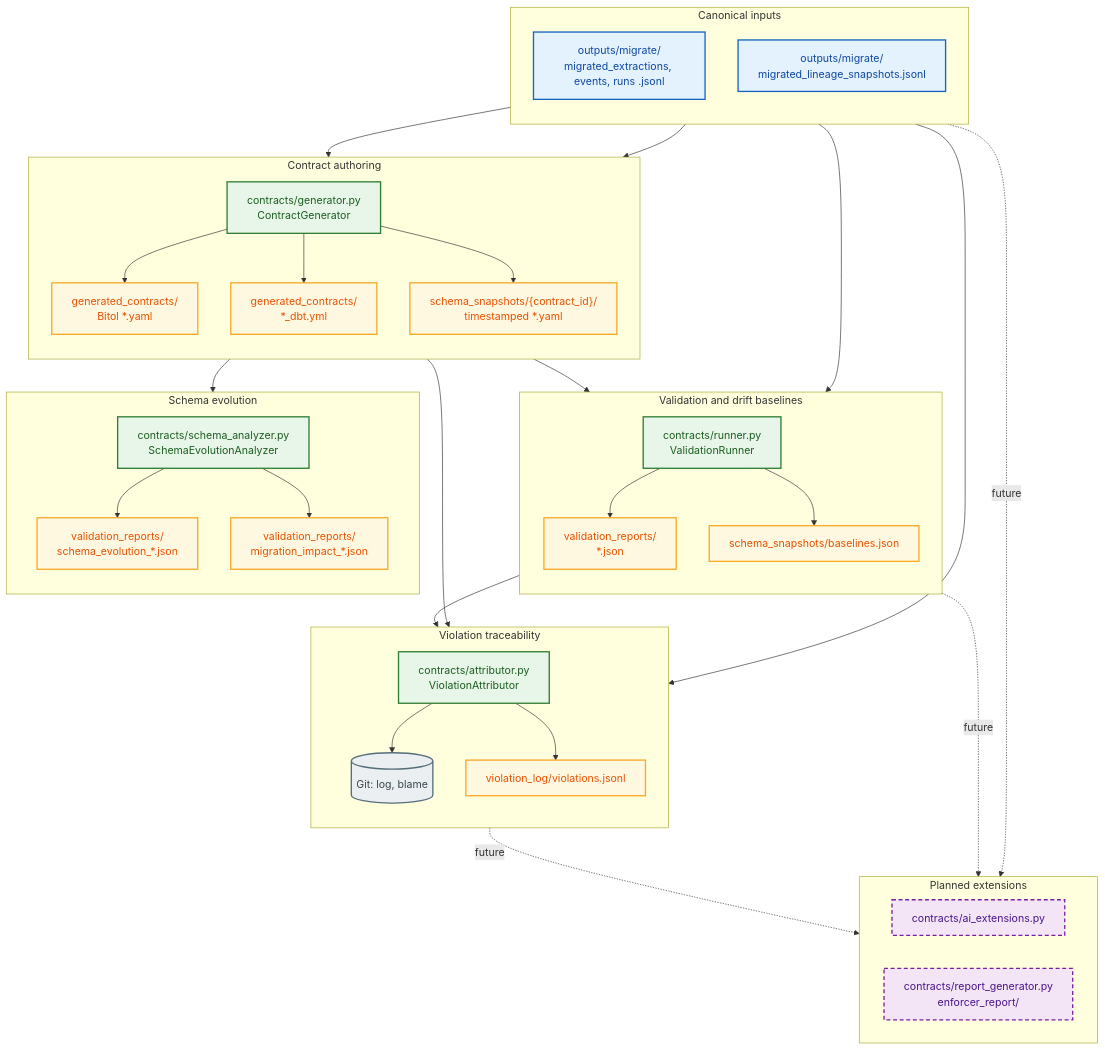
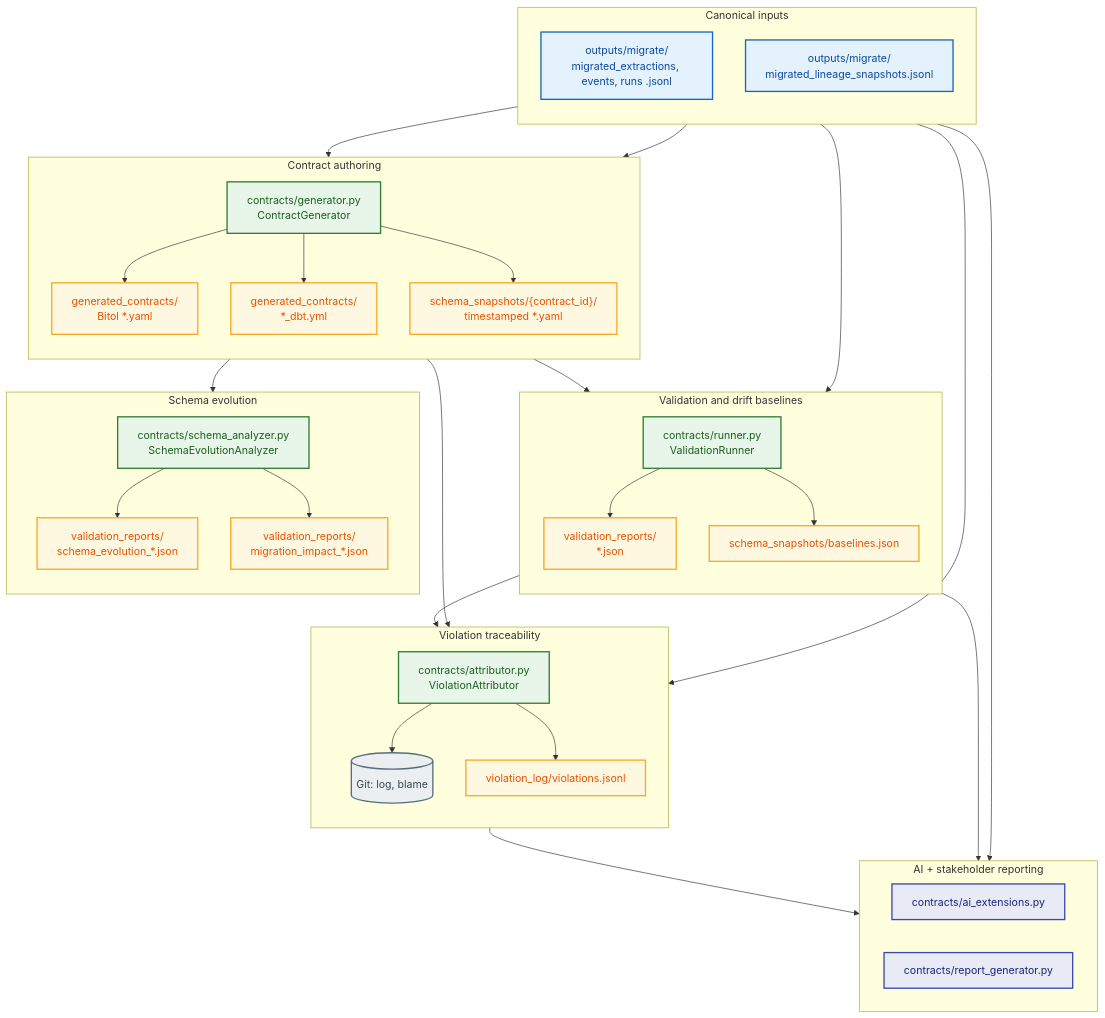
One commit to Hiwot-Beyene/week7-data-contract-enforcer changed the third of 3 diagrams in DOMAIN_NOTES.md. Above: the diagram before and after it, drawn with Mermaid. The commit also changed other lines of this file and 5 other files, not shown here.

First line of the commit message:
feat(report): stakeholder JSON/PDF report and DOMAIN_NOTES rubric alignment

````diff
--- a/DOMAIN_NOTES.md
+++ b/DOMAIN_NOTES.md
@@ -230,68 +278,68 @@
 ```mermaid
 flowchart TB
   subgraph SRC["Canonical inputs"]
     direction TB
     MIG["outputs/migrate/<br/>migrated_extractions, events, runs .jsonl"]
     LIN["outputs/migrate/<br/>migrated_lineage_snapshots.jsonl"]
   end
 
   subgraph CG["Contract authoring"]
     direction TB
     GEN["contracts/generator.py<br/>ContractGenerator"]
     GEN --> YML["generated_contracts/<br/>Bitol *.yaml"]
     GEN --> DBT["generated_contracts/<br/>*_dbt.yml"]
     GEN --> SSNAP["schema_snapshots/{contract_id}/<br/>timestamped *.yaml"]
   end
 
   MIG --> GEN
   LIN --> GEN
 
   subgraph VR["Validation and drift baselines"]
     direction TB
     RUN["contracts/runner.py<br/>ValidationRunner"]
     YML --> RUN
     MIG --> RUN
     RUN --> REP["validation_reports/<br/>*.json"]
     RUN --> BL["schema_snapshots/baselines.json"]
   end
 
   subgraph VA["Violation traceability"]
     direction TB
     ATT["contracts/attributor.py<br/>ViolationAttributor"]
     REP --> ATT
     YML --> ATT
     LIN --> ATT
     GIT[("Git: log, blame")]
     ATT --> GIT
     ATT --> VIO["violation_log/violations.jsonl"]
   end
 
   subgraph SE["Schema evolution"]
     direction TB
     ANA["contracts/schema_analyzer.py<br/>SchemaEvolutionAnalyzer"]
     SSNAP --> ANA
     ANA --> EVO["validation_reports/<br/>schema_evolution_*.json"]
     ANA --> MIGR["validation_reports/<br/>migration_impact_*.json"]
   end
 
-  subgraph PL["Planned extensions"]
+  subgraph EXT["AI + stakeholder reporting"]
     direction LR
     AI["contracts/ai_extensions.py"]
-    RG["contracts/report_generator.py<br/>enforcer_report/"]
+    RG["contracts/report_generator.py"]
   end
 
-  REP -.->|future| RG
-  VIO -.->|future| RG
-  MIG -.->|future| AI
+  REP --> RG
+  VIO --> RG
+  MIG --> AI
 
   classDef src fill:#E3F2FD,stroke:#1565C0,stroke-width:2px,color:#0D47A1
   classDef core fill:#E8F5E9,stroke:#2E7D32,stroke-width:2px,color:#1B5E20
   classDef out fill:#FFF8E1,stroke:#F9A825,stroke-width:2px,color:#E65100
-  classDef fut fill:#F3E5F5,stroke:#7B1FA2,stroke-width:2px,stroke-dasharray:6 4,color:#4A148C
+  classDef ext fill:#E8EAF6,stroke:#3949AB,stroke-width:2px,color:#1A237E
   classDef gitn fill:#ECEFF1,stroke:#546E7A,stroke-width:2px,color:#37474F
   class MIG,LIN src
   class GEN,RUN,ATT,ANA core
   class YML,DBT,SSNAP,REP,BL,VIO,EVO,MIGR out
-  class AI,RG fut
+  class AI,RG ext
   class GIT gitn
 ```
````
